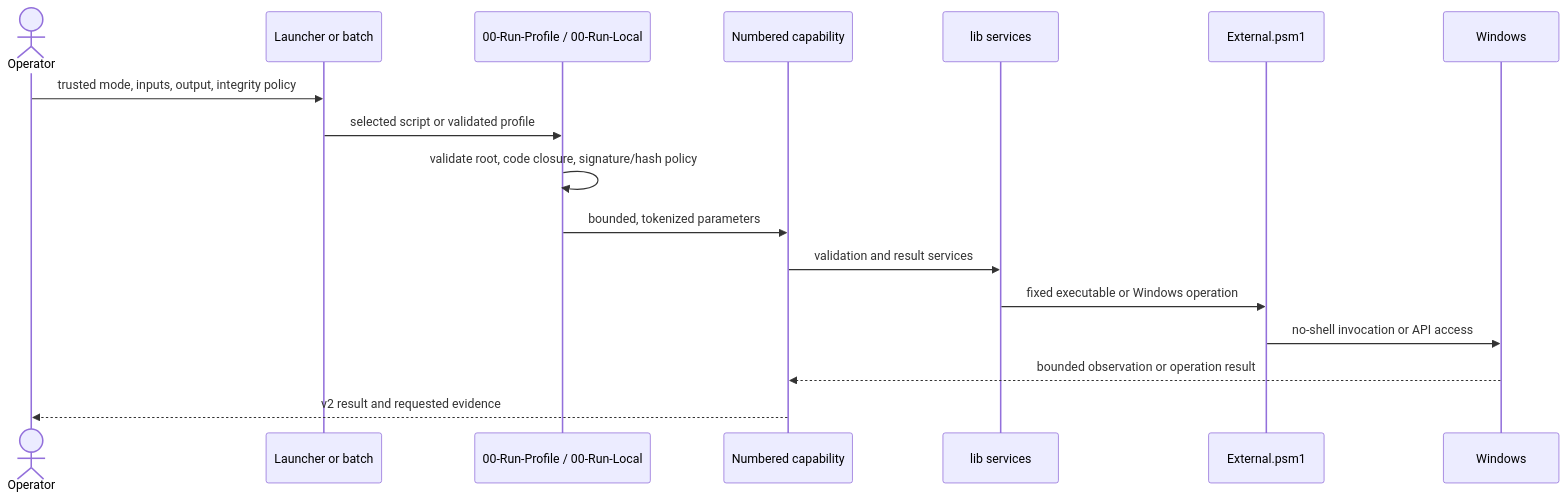
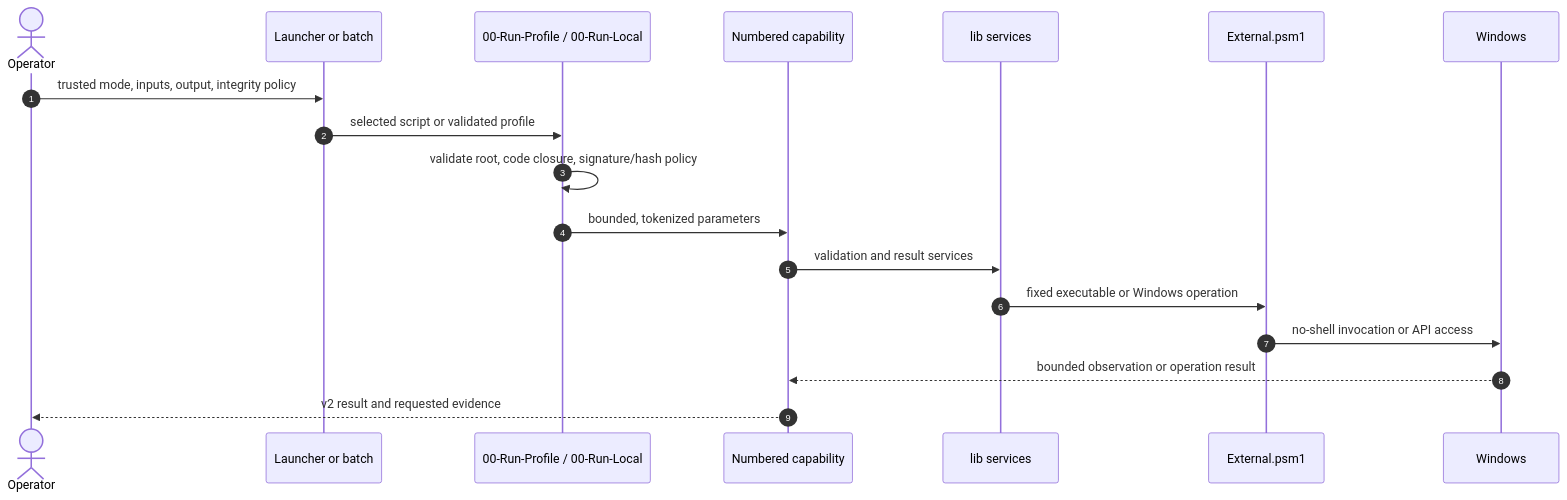
Before and after one commit to sebastianspicker/baseline-ops-windows: the second of 5 diagrams in docs/architecture.md, drawn with Mermaid. The commit also changed other lines of this file and 1 other file, not shown here.

First line of the commit message:
docs: add runtime walkthroughs and code map to architecture

````diff
--- a/docs/architecture.md
+++ b/docs/architecture.md
@@ -106,20 +111,21 @@
 ```mermaid
 sequenceDiagram
+  autonumber
   actor Operator
   participant Entry as Launcher or batch
   participant Runner as 00-Run-Profile / 00-Run-Local
   participant Capability as Numbered capability
   participant Shared as lib services
   participant External as External.psm1
   participant Windows as Windows
 
   Operator->>Entry: trusted mode, inputs, output, integrity policy
   Entry->>Runner: selected script or validated profile
   Runner->>Runner: validate root, code closure, signature/hash policy
   Runner->>Capability: bounded, tokenized parameters
   Capability->>Shared: validation and result services
   Shared->>External: fixed executable or Windows operation
   External->>Windows: no-shell invocation or API access
   Windows-->>Capability: bounded observation or operation result
   Capability-->>Operator: v2 result and requested evidence
 ```
````
